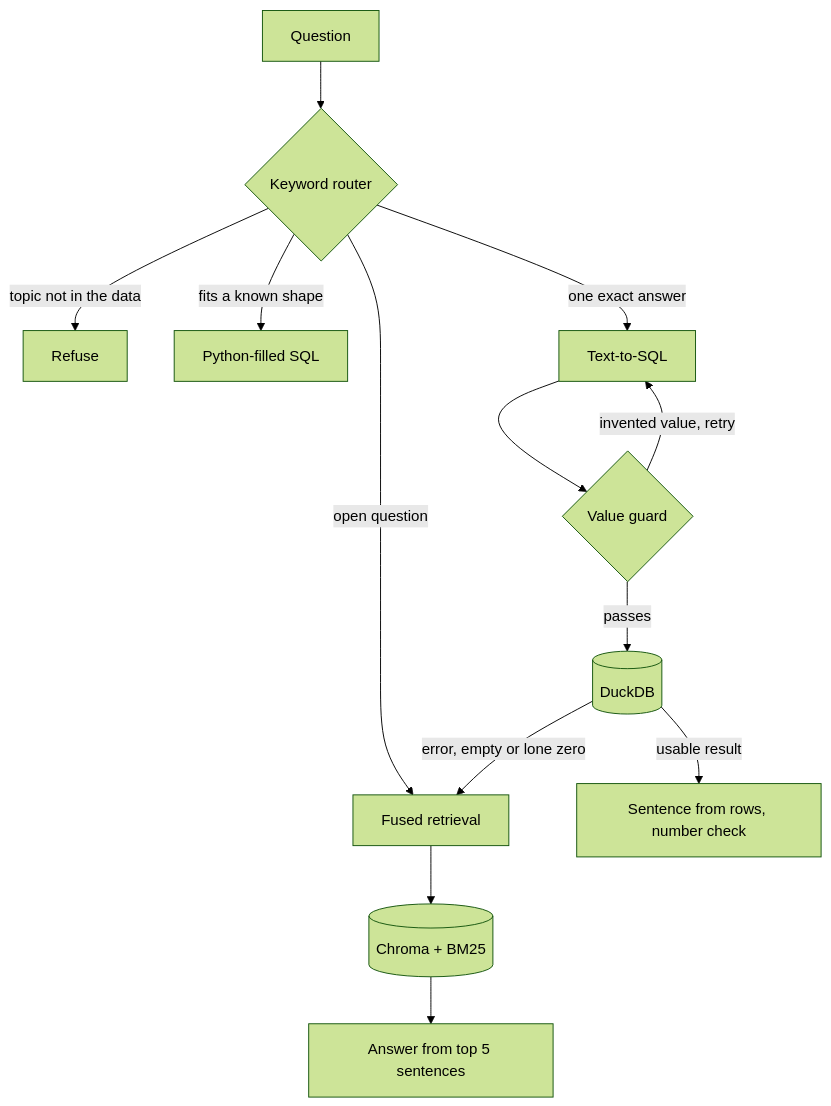
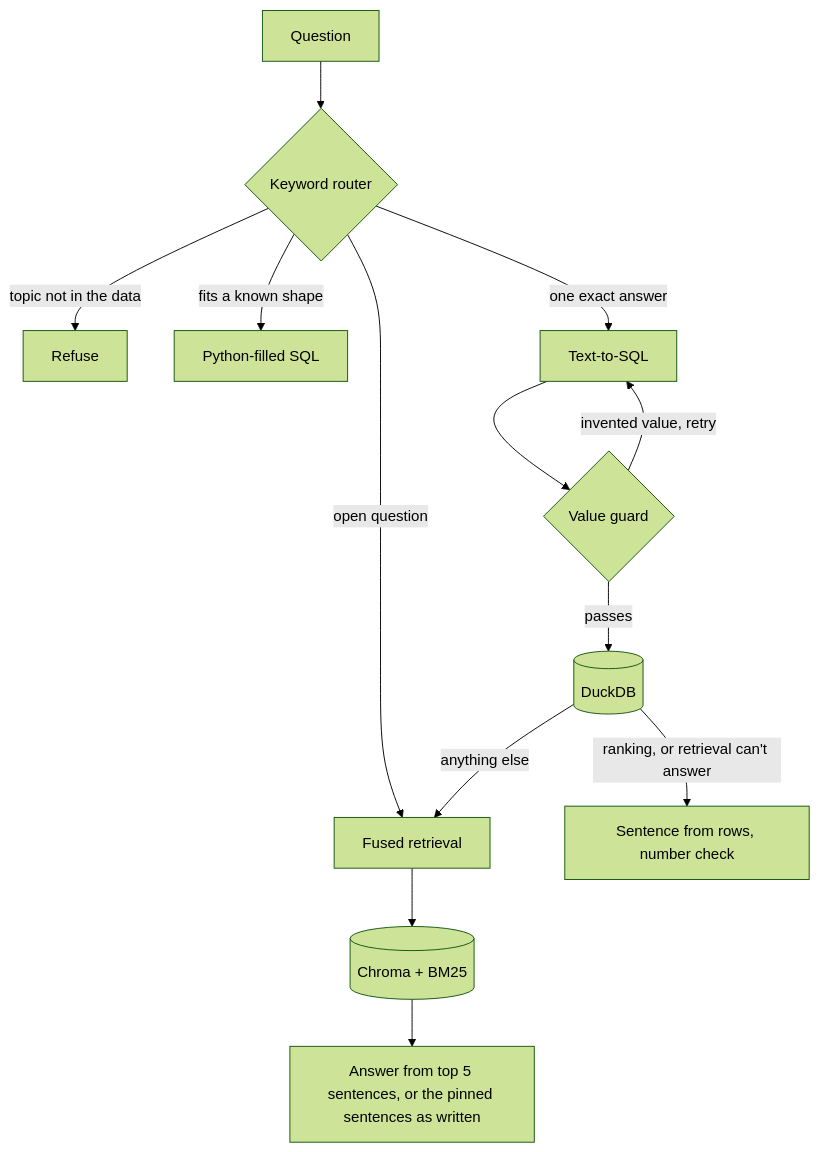
One commit to Bobcat310/f1-rag changed the diagram in README.md. Above: the diagram before and after it, drawn with Mermaid (forest theme). The commit also changed other lines of this file, not shown here.

````diff
--- a/README.md
+++ b/README.md
@@ -11,15 +11,15 @@
 ```mermaid
 flowchart TD
     Q[Question] --> R{Keyword router}
     R -->|topic not in the data| X[Refuse]
     R -->|fits a known shape| T[Python-filled SQL]
     R -->|one exact answer| S[Text-to-SQL]
     R -->|open question| V[Fused retrieval]
     S --> G{Value guard}
     G -->|invented value, retry| S
     G -->|passes| D[(DuckDB)]
-    D -->|usable result| A1[Sentence from rows, number check]
-    D -->|error, empty or lone zero| V
+    D -->|ranking, or retrieval can't answer| A1[Sentence from rows, number check]
+    D -->|anything else| V
     V --> C[(Chroma + BM25)]
-    C --> A2[Answer from top 5 sentences]
+    C --> A2[Answer from top 5 sentences, or the pinned sentences as written]
 ```
````
